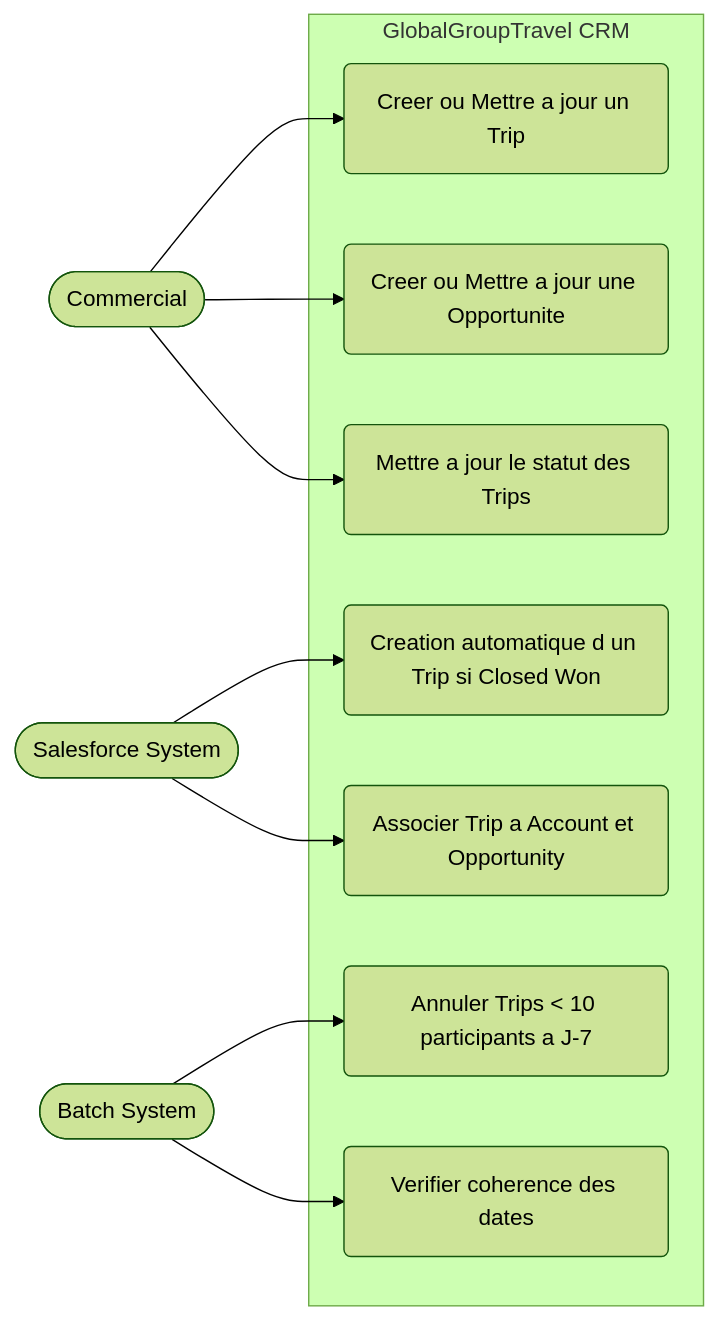
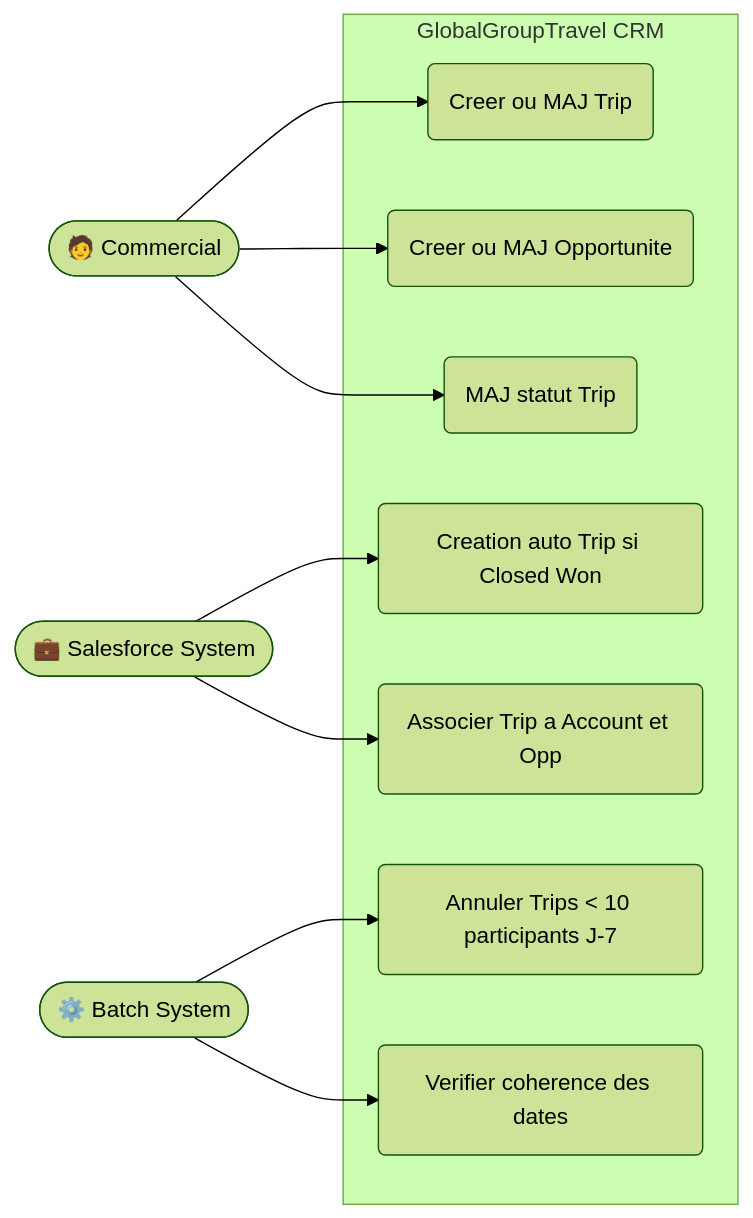
One commit to muriellemajeste1971-collab/Projet-8-Structurez-une-BDD-d-une-organisation-Salesforce-pour-une-entreprise changed the second of 6 diagrams in README.md. Above: the diagram before and after it, drawn with Mermaid (forest theme). The commit also changed other lines of this file, not shown here.

````diff
--- a/README.md
+++ b/README.md
@@ -47,22 +47,29 @@
 ```mermaid
 flowchart LR
+    %% Acteurs (imitations des acteurs UML)
+    Commercial([🧑 Commercial])
+    SalesforceSystem([💼 Salesforce System])
+    BatchSystem([⚙️ Batch System])
+
+    %% Système
     subgraph System[GlobalGroupTravel CRM]
-        UC1(Creer ou Mettre a jour un Trip)
-        UC2(Creer ou Mettre a jour une Opportunite)
-        UC3(Mettre a jour le statut des Trips)
-        UC4(Creation automatique d un Trip si Closed Won)
-        UC5(Associer Trip a Account et Opportunity)
-        UC6(Annuler Trips < 10 participants a J-7)
+        UC1(Creer ou MAJ Trip)
+        UC2(Creer ou MAJ Opportunite)
+        UC3(MAJ statut Trip)
+        UC4(Creation auto Trip si Closed Won)
+        UC5(Associer Trip a Account et Opp)
+        UC6(Annuler Trips < 10 participants J-7)
         UC7(Verifier coherence des dates)
     end
 
-    Commercial([Commercial]) --> UC1
+    %% Relations
+    Commercial --> UC1
     Commercial --> UC2
     Commercial --> UC3
 
-    BatchSystem([Batch System]) --> UC6
+    SalesforceSystem --> UC4
+    SalesforceSystem --> UC5
+
+    BatchSystem --> UC6
     BatchSystem --> UC7
-
-    SalesforceSystem([Salesforce System]) --> UC4
-    SalesforceSystem --> UC5
 ```
````
